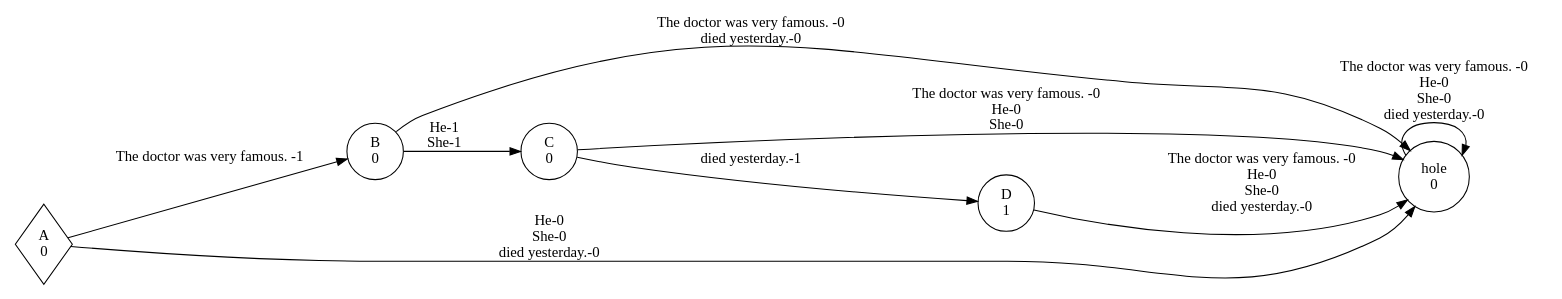
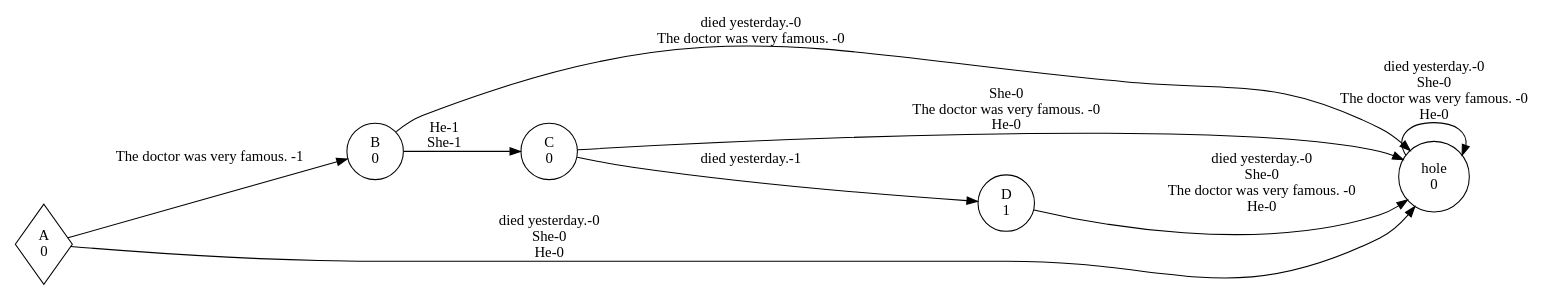
Before and after one commit to kidnixt/pdfa_extraction: the diagram in EXPERIMENT_doctor_post_branching/DOCTOR_WFA_2.dot, drawn with Graphviz. The commit also changed 31 other files, not shown here.

```diff
--- a/EXPERIMENT_doctor_post_branching/DOCTOR_WFA_2.dot
+++ b/EXPERIMENT_doctor_post_branching/DOCTOR_WFA_2.dot
@@ -1,34 +1,34 @@
 digraph weighted_automaton {
 	margin=0 rankdir=LR size=15
 	node [shape=circle]
 	A [label="A
 0" shape=diamond]
 	A -> B [label="The doctor was very famous. -1"]
-	A -> hole [label="He-0
+	A -> hole [label="died yesterday.-0
 She-0
-died yesterday.-0"]
+He-0"]
 	B [label="B
 0"]
 	B -> C [label="He-1
 She-1"]
-	B -> hole [label="The doctor was very famous. -0
-died yesterday.-0"]
+	B -> hole [label="died yesterday.-0
+The doctor was very famous. -0"]
 	C [label="C
 0"]
 	C -> D [label="died yesterday.-1"]
-	C -> hole [label="The doctor was very famous. -0
-He-0
-She-0"]
+	C -> hole [label="She-0
+The doctor was very famous. -0
+He-0"]
 	D [label="D
 1"]
-	D -> hole [label="The doctor was very famous. -0
-He-0
+	D -> hole [label="died yesterday.-0
 She-0
-died yesterday.-0"]
+The doctor was very famous. -0
+He-0"]
 	hole [label="hole
 0"]
-	hole -> hole [label="The doctor was very famous. -0
-He-0
+	hole -> hole [label="died yesterday.-0
 She-0
-died yesterday.-0"]
+The doctor was very famous. -0
+He-0"]
 }
```
